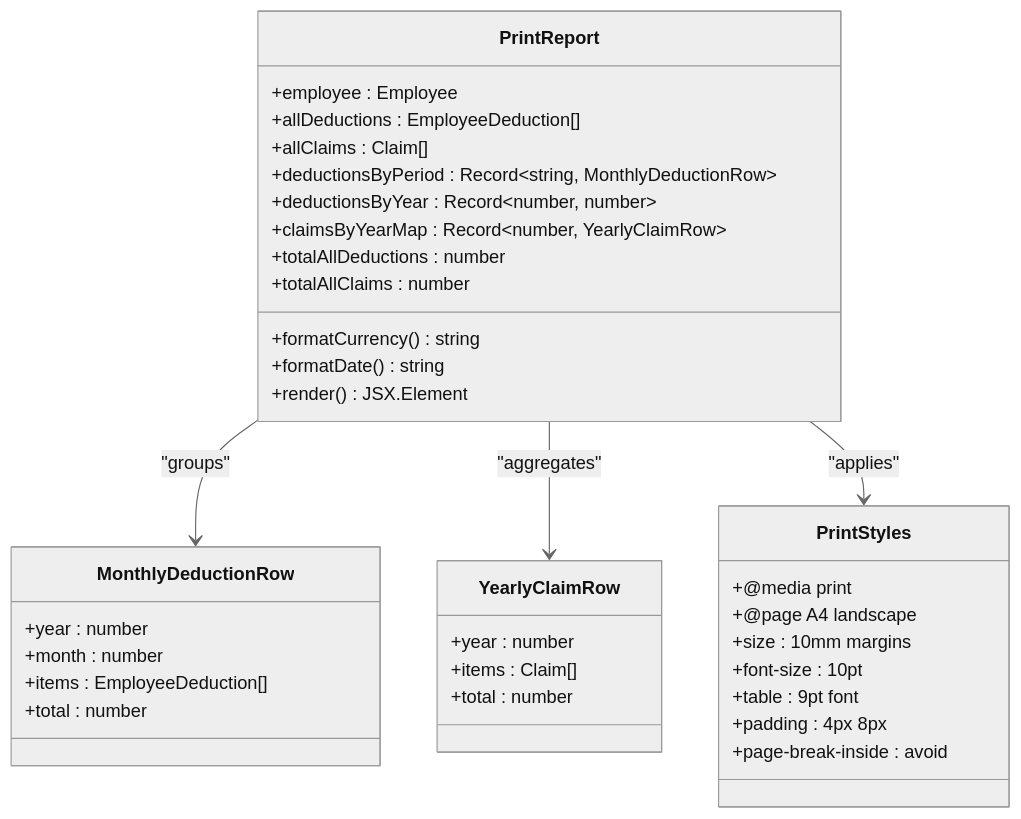
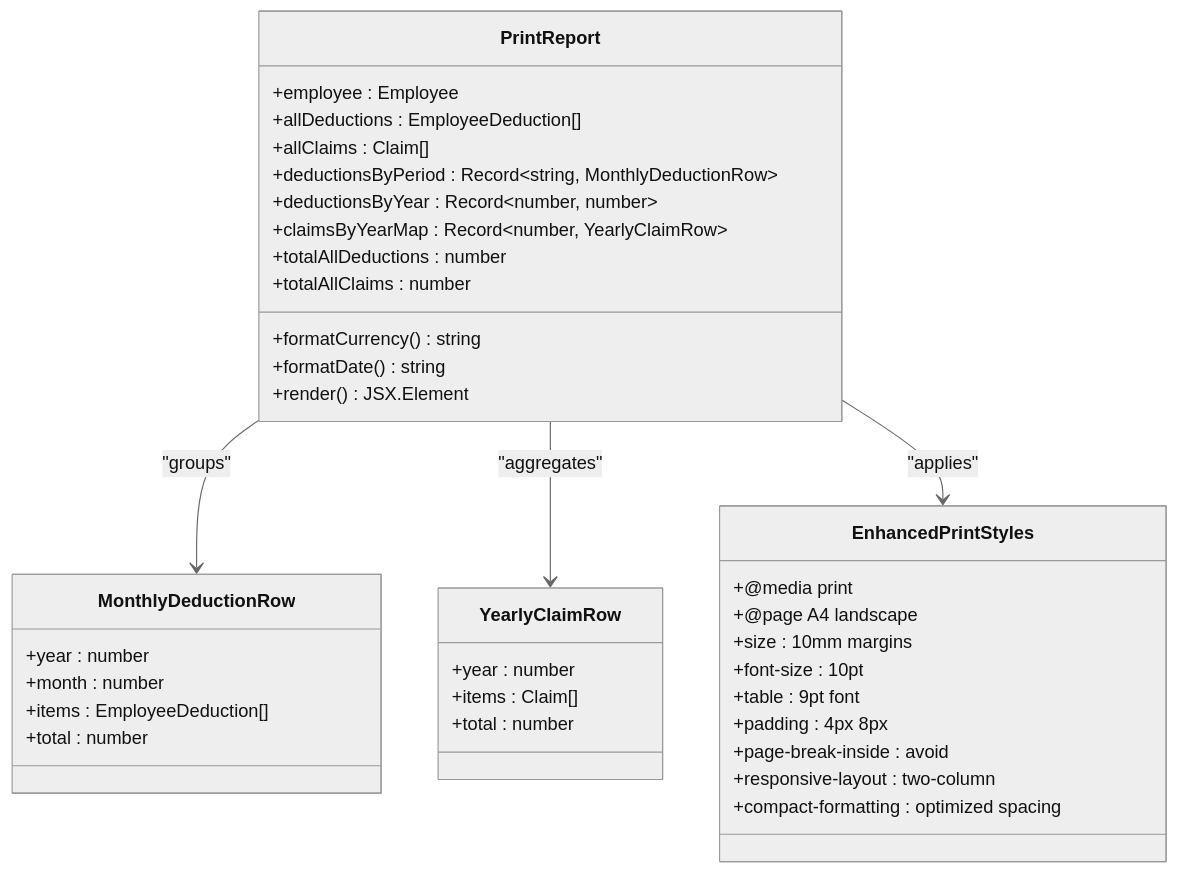
Before and after one commit to vincet0t15/template: diagram 14 of 16 in .qoder/repowiki/en/content/Employee Management/Employee Reports Dashboard.md, drawn with Mermaid (neutral theme). The commit also changed other lines of this file and 6 other files, not shown here.

````diff
--- a/.qoder/repowiki/en/content/Employee Management/Employee Reports Dashboard.md
+++ b/.qoder/repowiki/en/content/Employee Management/Employee Reports Dashboard.md
@@ -422,39 +628,41 @@
 ```mermaid
 classDiagram
 class PrintReport {
 +employee : Employee
 +allDeductions : EmployeeDeduction[]
 +allClaims : Claim[]
 +deductionsByPeriod : Record~string, MonthlyDeductionRow~
 +deductionsByYear : Record~number, number~
 +claimsByYearMap : Record~number, YearlyClaimRow~
 +totalAllDeductions : number
 +totalAllClaims : number
 +formatCurrency() string
 +formatDate() string
 +render() JSX.Element
 }
 class MonthlyDeductionRow {
 +year : number
 +month : number
 +items : EmployeeDeduction[]
 +total : number
 }
 class YearlyClaimRow {
 +year : number
 +items : Claim[]
 +total : number
 }
-class PrintStyles {
+class EnhancedPrintStyles {
 +@media print
 +@page A4 landscape
 +size : 10mm margins
 +font-size : 10pt
 +table : 9pt font
 +padding : 4px 8px
 +page-break-inside : avoid
++responsive-layout : two-column
++compact-formatting : optimized spacing
 }
 PrintReport --> MonthlyDeductionRow : "groups"
 PrintReport --> YearlyClaimRow : "aggregates"
-PrintReport --> PrintStyles : "applies"
+PrintReport --> EnhancedPrintStyles : "applies"
 ```
````
